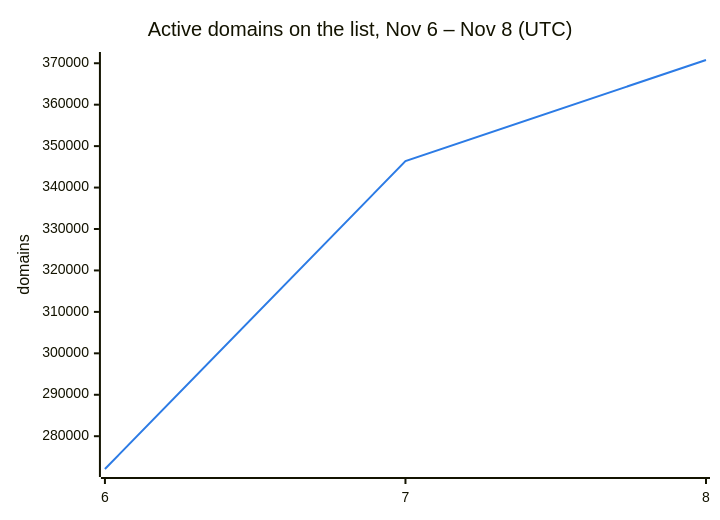
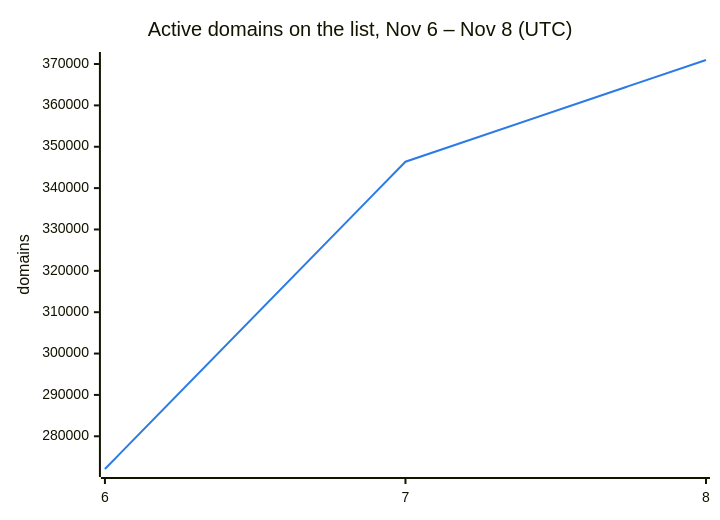
One commit to DNSBunker/CTI changed the second of 3 diagrams in README.md. Above: the diagram before and after it, drawn with Mermaid. The commit also changed other lines of this file and 3 other files, not shown here.

````diff
--- a/README.md
+++ b/README.md
@@ -38,8 +38,8 @@
 ```mermaid
 %%{init: {"themeVariables": {"xyChart": {"plotColorPalette": "#2c7be5"}}}}%%
 xychart-beta
     title "Active domains on the list, Nov 6 – Nov 8 (UTC)"
     x-axis ["6", "7", "8"]
     y-axis "domains"
-    line [272088, 346388, 370782]
+    line [272088, 346388, 370974]
 ```
````
